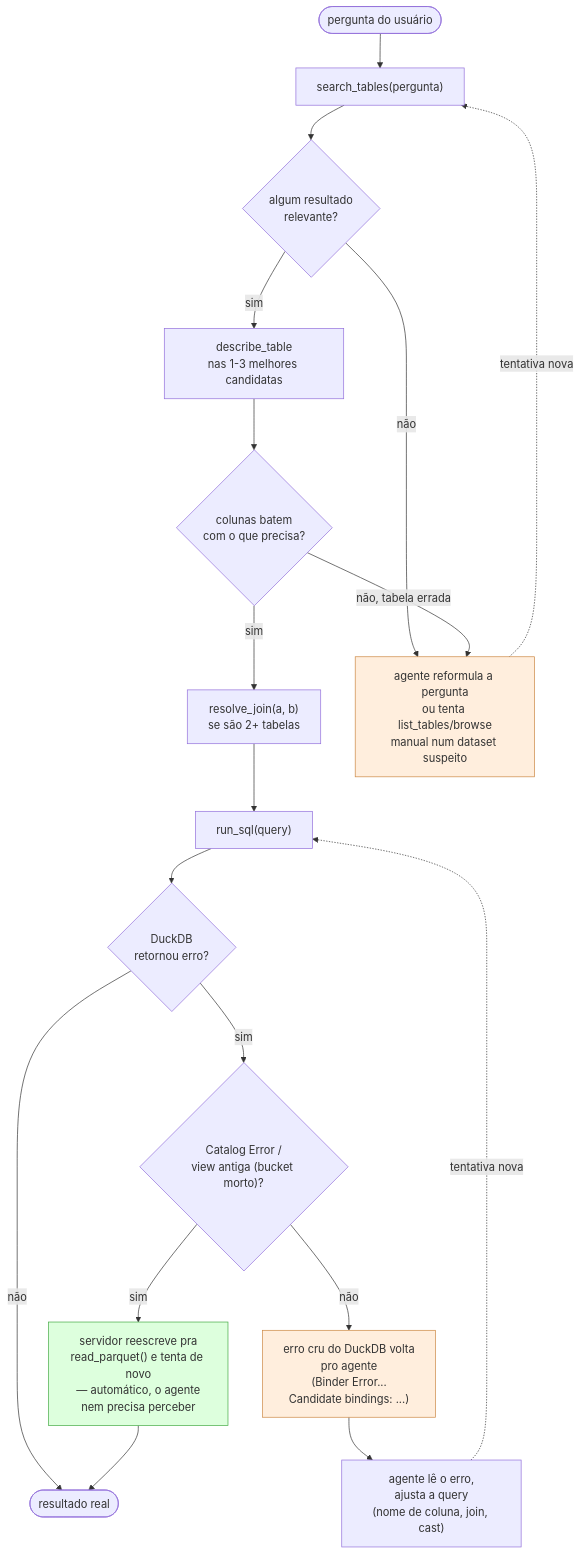
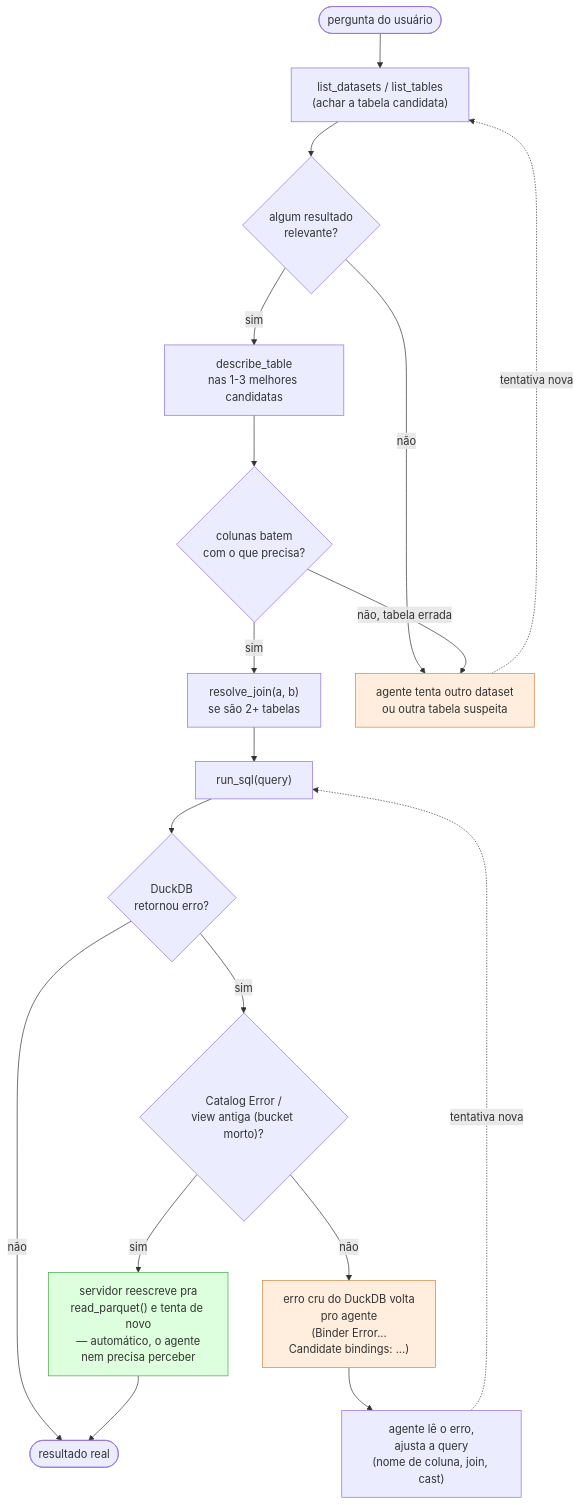
One commit to rafapolo/rodado changed the second of 2 diagrams in mcp/MCP.md. Above: the diagram before and after it, drawn with Mermaid. The commit also changed other lines of this file and 22 other files, not shown here.

Commit message:
refactor: remove o search_tables, o indice doc2query e os conjuntos dourados que so mediam ele

````diff
--- a/mcp/MCP.md
+++ b/mcp/MCP.md
@@ -156,32 +110,32 @@
 ```mermaid
 flowchart TD
     START(["pergunta do usuário"])
-    SEARCH["search_tables(pergunta)"]
+    SEARCH["list_datasets / list_tables\n(achar a tabela candidata)"]
     GOODHIT{"algum resultado\nrelevante?"}
     DESC["describe_table\nnas 1-3 melhores candidatas"]
     OKCOLS{"colunas batem\ncom o que precisa?"}
     JOIN["resolve_join(a, b)\nse são 2+ tabelas"]
     SQL["run_sql(query)"]
     DBERR{"DuckDB\nretornou erro?"}
     CATERR{"Catalog Error /\nview antiga (bucket morto)?"}
     AUTORETRY["servidor reescreve pra\nread_parquet() e tenta de novo\n— automático, o agente\nnem precisa perceber"]
     OTHERERR["erro cru do DuckDB volta\npro agente\n(Binder Error...\nCandidate bindings: ...)"]
     FIX["agente lê o erro,\najusta a query\n(nome de coluna, join, cast)"]
     DONE(["resultado real"])
-    REPHRASE["agente reformula a pergunta\nou tenta list_tables/browse\nmanual num dataset suspeito"]
+    REPHRASE["agente tenta outro dataset\nou outra tabela suspeita"]
 
     START --> SEARCH --> GOODHIT
     GOODHIT -- não --> REPHRASE -. "tentativa nova" .-> SEARCH
     GOODHIT -- sim --> DESC --> OKCOLS
     OKCOLS -- não, tabela errada --> REPHRASE
     OKCOLS -- sim --> JOIN --> SQL
     SQL --> DBERR
     DBERR -- não --> DONE
     DBERR -- sim --> CATERR
     CATERR -- sim --> AUTORETRY --> DONE
     CATERR -- não --> OTHERERR --> FIX -. "tentativa nova" .-> SQL
 
     style AUTORETRY fill:#dfd,stroke:#4a4
     style OTHERERR fill:#fed,stroke:#c84
     style REPHRASE fill:#fed,stroke:#c84
 ```
````
